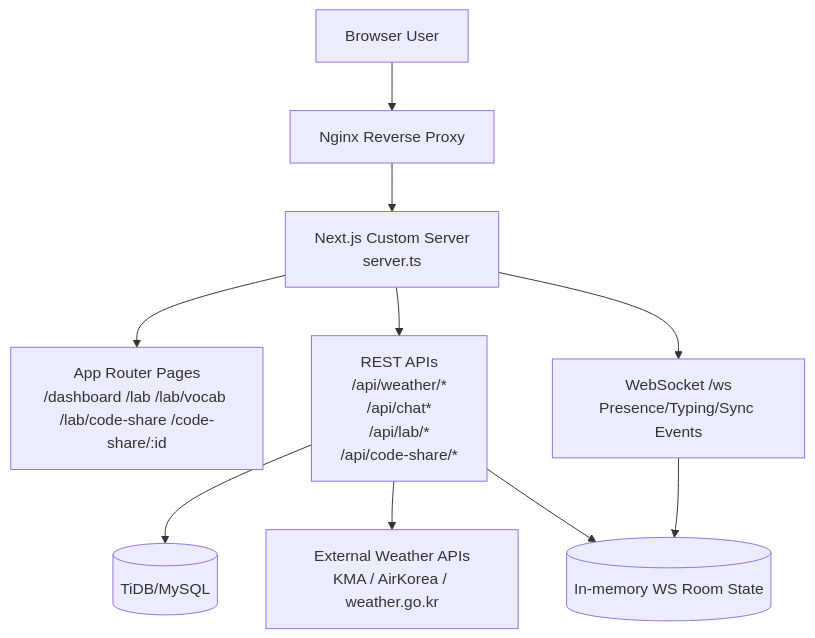
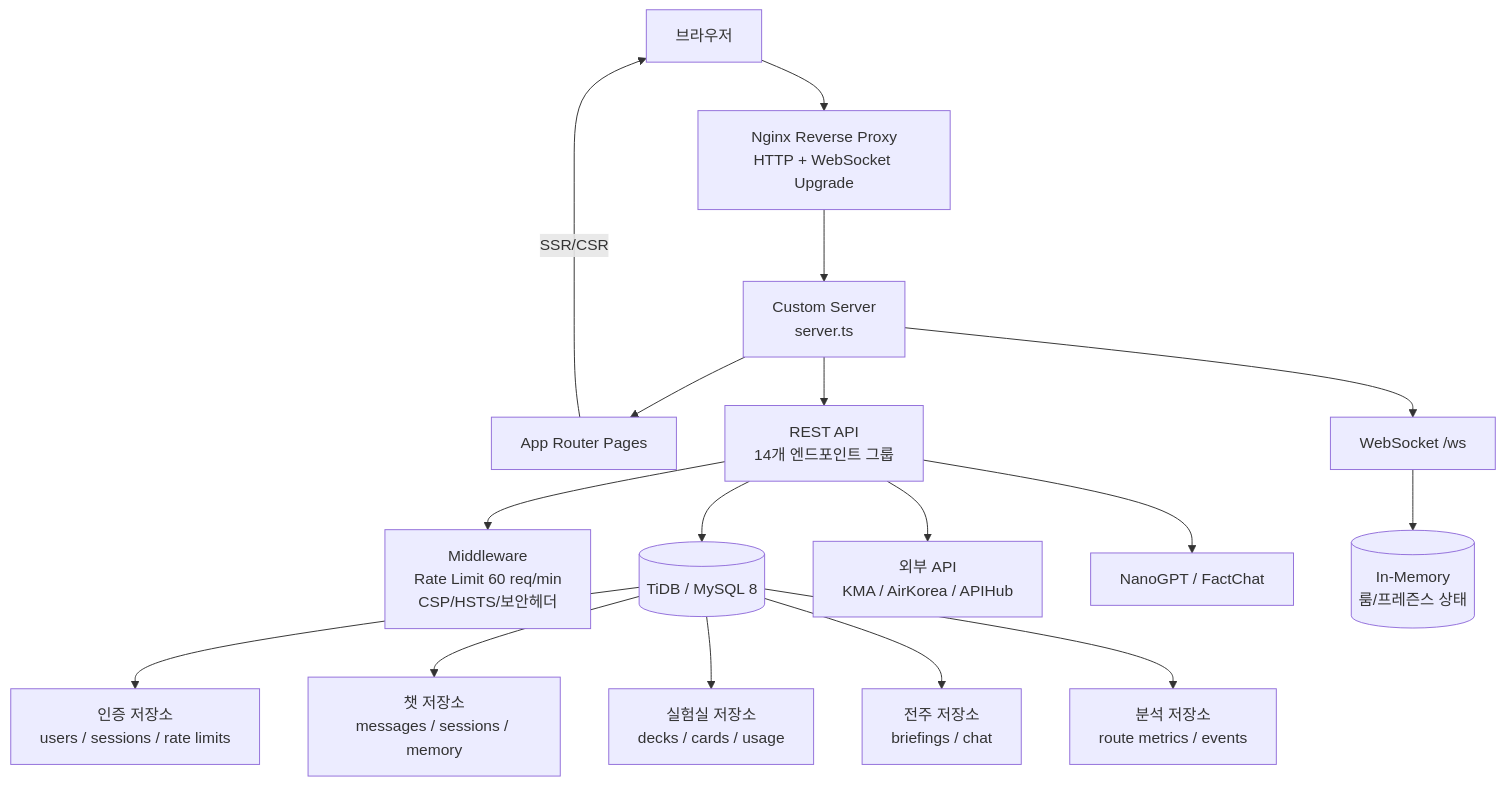
One commit to kim0040/Nadeulhae changed the first of 2 diagrams in README.md. Above: the diagram before and after it, drawn with Mermaid. The commit also changed other lines of this file, not shown here.

Commit message:
docs: comprehensive README update with full architecture, API reference, DB schema, security details, and known issues roadmap

````diff
--- a/README.md
+++ b/README.md
@@ -15,14 +91,24 @@
 ```mermaid
 flowchart TD
-  U[Browser User] --> NGINX[Nginx Reverse Proxy]
-  NGINX --> APP[Next.js Custom Server\nserver.ts]
-
-  APP --> WEB[App Router Pages\n/dashboard /lab /lab/vocab /lab/code-share /code-share/:id]
-  APP --> API[REST APIs\n/api/weather/*\n/api/chat*\n/api/lab/*\n/api/code-share/*]
-  APP --> WS[WebSocket /ws\nPresence/Typing/Sync Events]
-
-  API --> DB[(TiDB/MySQL)]
-  API --> EXT[External Weather APIs\nKMA / AirKorea / weather.go.kr]
-  WS --> MEM[(In-memory WS Room State)]
-  API --> MEM
+    U[브라우저] --> NGINX[Nginx Reverse Proxy<br/>HTTP + WebSocket Upgrade]
+    NGINX --> APP[Custom Server<br/>server.ts]
+    
+    APP --> PAGES[App Router Pages]
+    APP --> API[REST API<br/>14개 엔드포인트 그룹]
+    APP --> WS[WebSocket /ws]
+    
+    PAGES --> |SSR/CSR| U
+    
+    API --> MIDDLEWARE[Middleware<br/>Rate Limit 60 req/min<br/>CSP/HSTS/보안헤더]
+    API --> DB[(TiDB / MySQL 8)]
+    API --> EXT[외부 API<br/>KMA / AirKorea / APIHub]
+    API --> AI[NanoGPT / FactChat]
+    
+    WS --> MEM[(In-Memory<br/>룸/프레즌스 상태)]
+    
+    DB --> AUTH[인증 저장소<br/>users / sessions / rate limits]
+    DB --> CHAT[챗 저장소<br/>messages / sessions / memory]
+    DB --> LAB[실험실 저장소<br/>decks / cards / usage]
+    DB --> JEONJU[전주 저장소<br/>briefings / chat]
+    DB --> ANALYTICS[분석 저장소<br/>route metrics / events]
 ```
````
